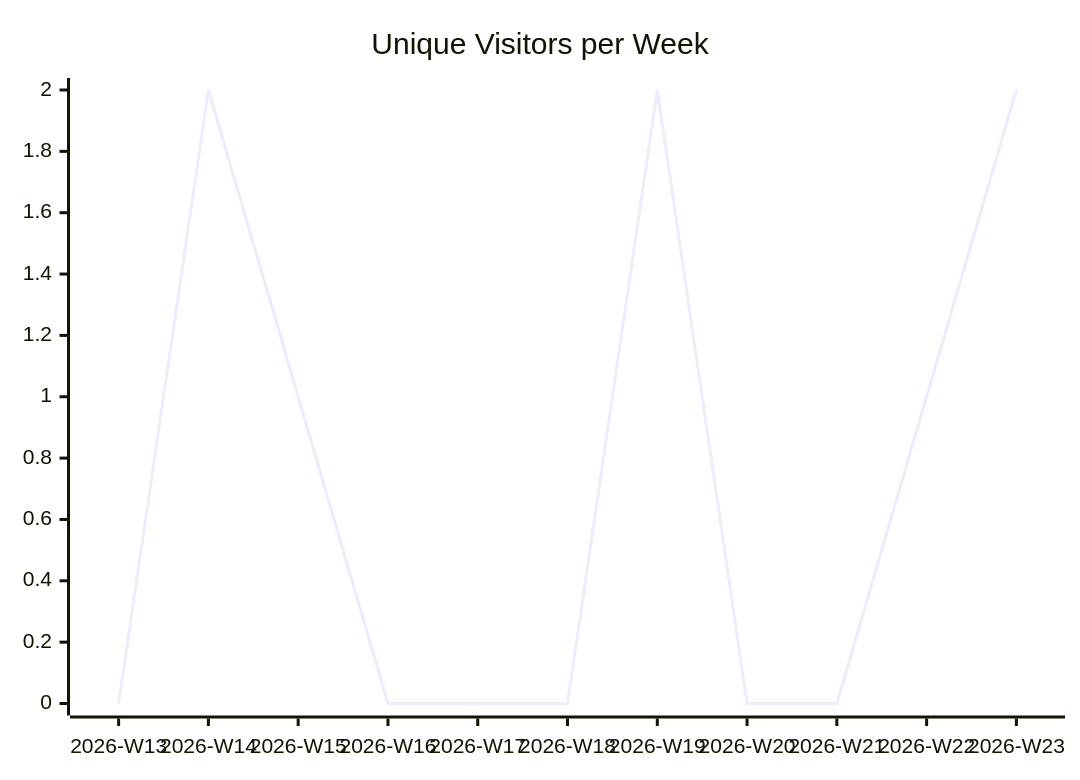
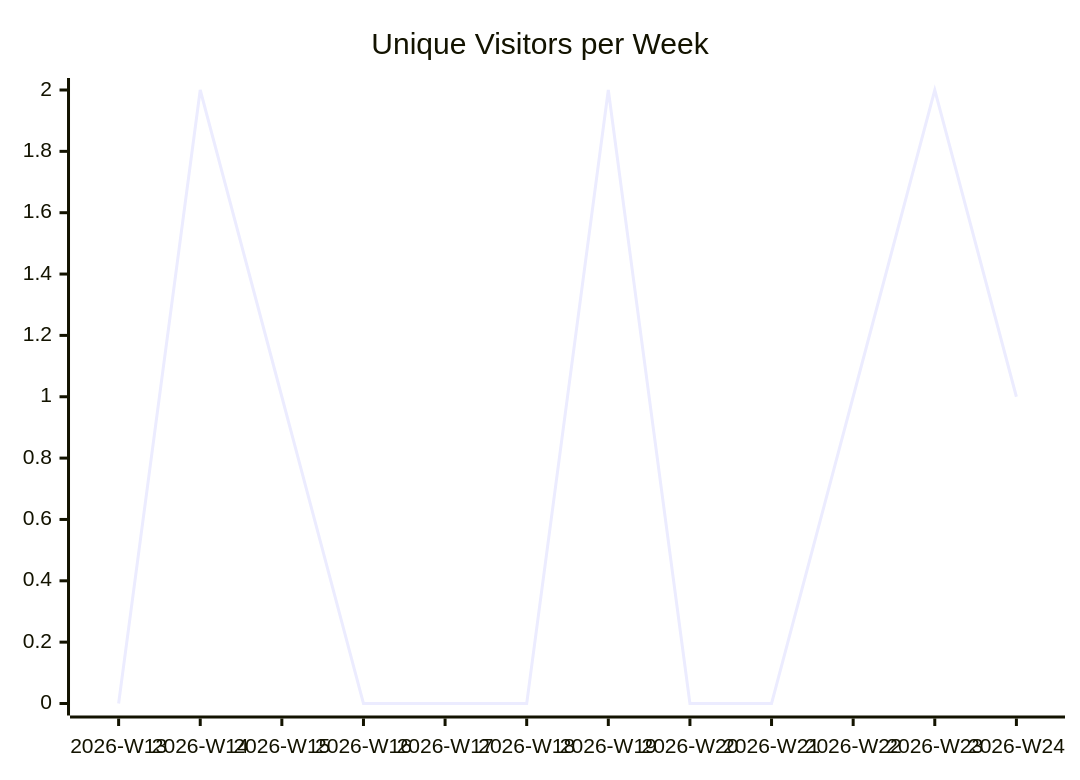
The first of 3 diagrams in karlmdavis/justdavis-ansible/README.md (justdavis-family/github-analytics-data), drawn with Mermaid before and after one commit. The commit also changed other lines of this file and 189 other files, not shown here.

````diff
--- a/karlmdavis/justdavis-ansible/README.md
+++ b/karlmdavis/justdavis-ansible/README.md
@@ -5,6 +5,6 @@
 ```mermaid
 xychart-beta
   title "Unique Visitors per Week"
-  x-axis ["2026-W13", "2026-W14", "2026-W15", "2026-W16", "2026-W17", "2026-W18", "2026-W19", "2026-W20", "2026-W21", "2026-W22", "2026-W23"]
-  line [0, 2, 1, 0, 0, 0, 2, 0, 0, 1, 2]
+  x-axis ["2026-W13", "2026-W14", "2026-W15", "2026-W16", "2026-W17", "2026-W18", "2026-W19", "2026-W20", "2026-W21", "2026-W22", "2026-W23", "2026-W24"]
+  line [0, 2, 1, 0, 0, 0, 2, 0, 0, 1, 2, 1]
 ```
````
